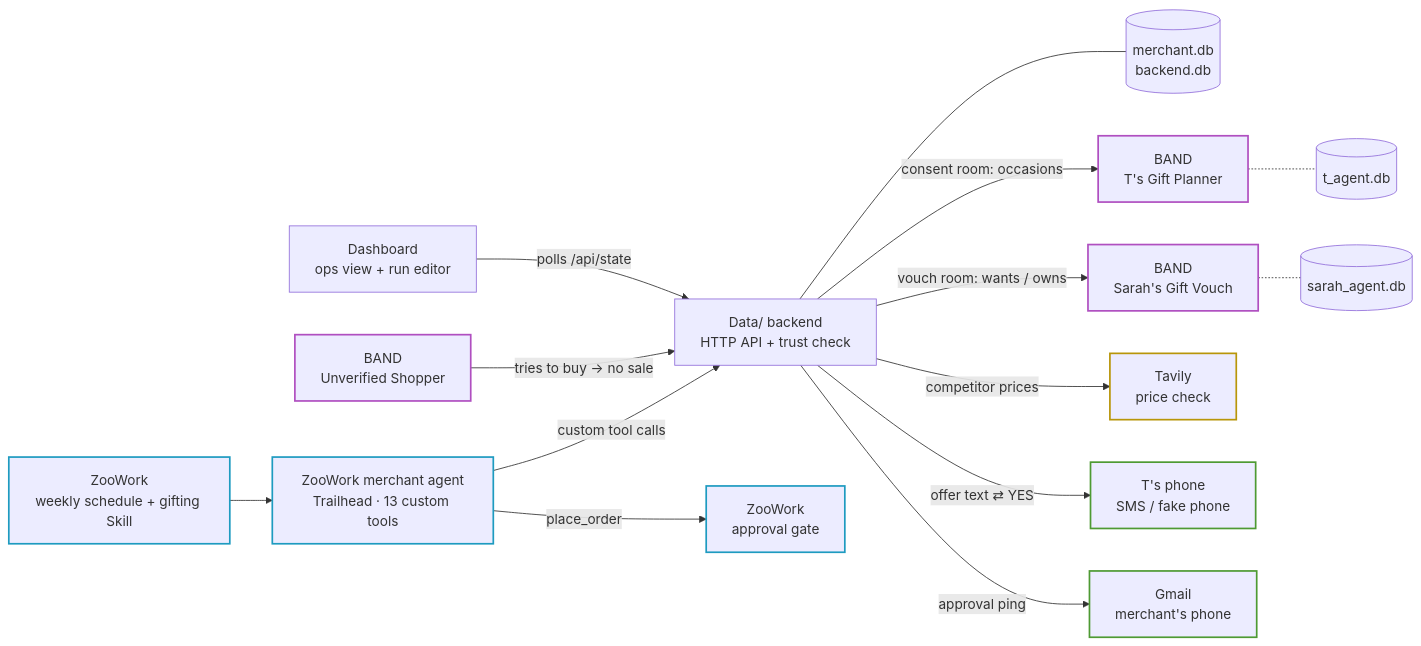
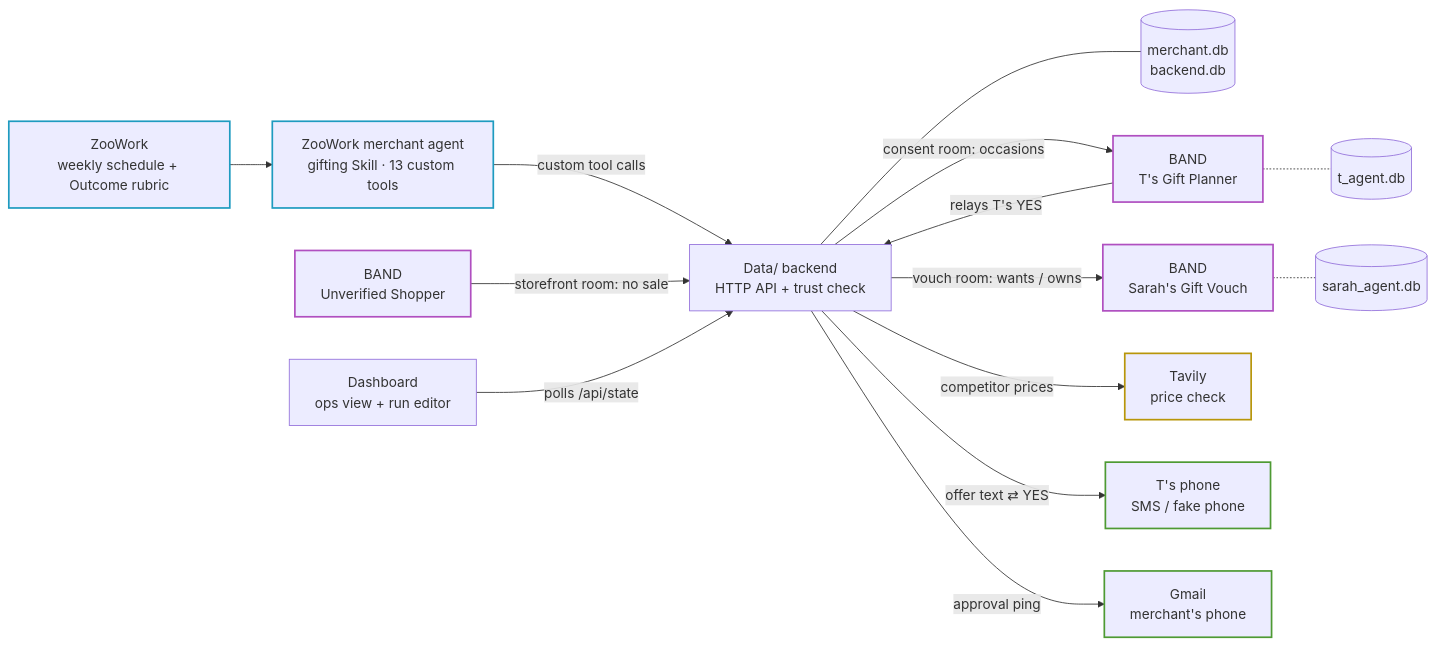
The first of 2 diagrams in README.md (txshah/shopisphere), drawn with Mermaid before and after one commit. The commit also changed other lines of this file and 40 other files, not shown here.

First line of the commit message:
Live ZooWork merchant agent, real BAND rooms, real competitor prices

````diff
--- a/README.md
+++ b/README.md
@@ -31,27 +31,27 @@
 ```mermaid
 flowchart LR
-  SCHED["ZooWork<br/>weekly schedule + gifting Skill"] --> AGENT["ZooWork merchant agent<br/>Trailhead · 13 custom tools"]
+  SCHED["ZooWork<br/>weekly schedule + Outcome rubric"] --> AGENT["ZooWork merchant agent<br/>gifting Skill · 13 custom tools"]
   AGENT -- "custom tool calls" --> API["Data/ backend<br/>HTTP API + trust check"]
-  AGENT -- "place_order" --> GATE["ZooWork<br/>approval gate"]
   API --- MDB[("merchant.db<br/>backend.db")]
 
   API -- "consent room: occasions" --> TAG["BAND<br/>T's Gift Planner"]
   TAG -.- TDB[("t_agent.db")]
+  TAG -- "relays T's YES" --> API
   API -- "vouch room: wants / owns" --> SAG["BAND<br/>Sarah's Gift Vouch"]
   SAG -.- SDB[("sarah_agent.db")]
-  BOT["BAND<br/>Unverified Shopper"] -- "tries to buy → no sale" --> API
+  BOT["BAND<br/>Unverified Shopper"] -- "storefront room: no sale" --> API
 
   API -- "competitor prices" --> TAV["Tavily<br/>price check"]
   API -- "offer text ⇄ YES" --> PHONE["T's phone<br/>SMS / fake phone"]
   API -- "approval ping" --> GMAIL["Gmail<br/>merchant's phone"]
   DASH["Dashboard<br/>ops view + run editor"] -- "polls /api/state" --> API
 
   classDef zoo stroke:#1E9BC0,stroke-width:2px
   classDef band stroke:#B04FC0,stroke-width:2px
   classDef tav stroke:#B8960A,stroke-width:2px
   classDef msg stroke:#4E9A33,stroke-width:2px
-  class SCHED,AGENT,GATE zoo
+  class SCHED,AGENT zoo
   class TAG,SAG,BOT band
   class TAV tav
   class PHONE,GMAIL msg
 ```
````
